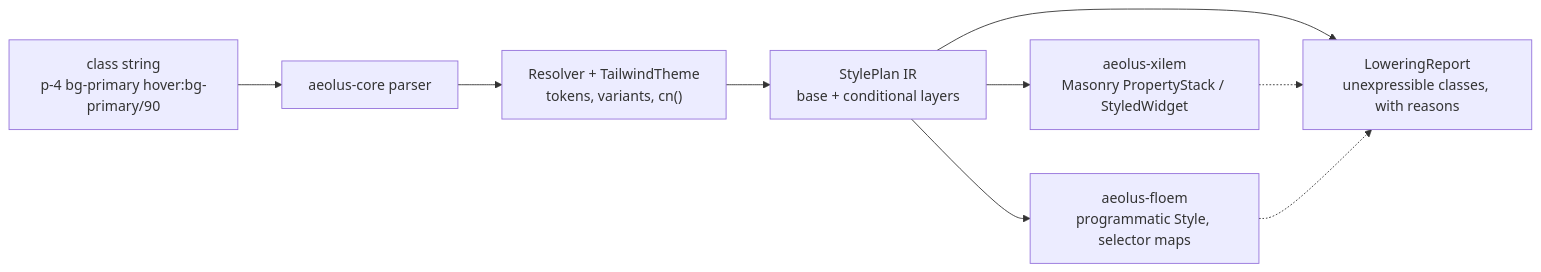
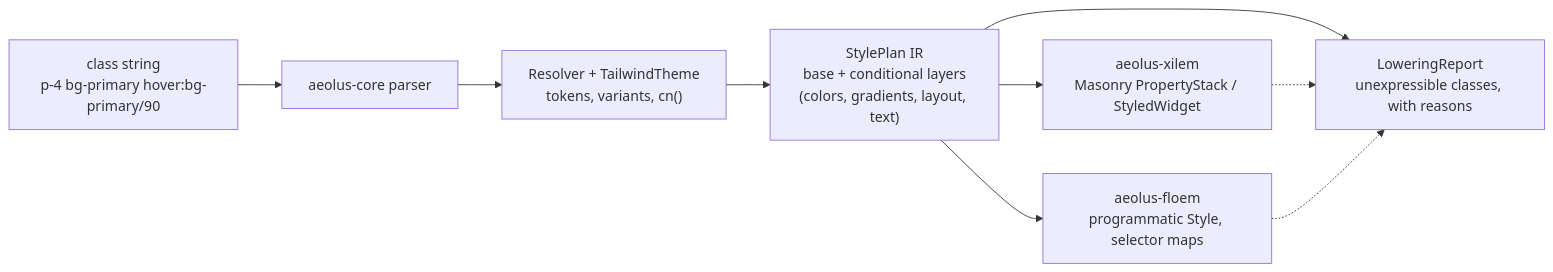
The diagram in README.md (elcoosp/aeolus), drawn with Mermaid before and after one commit. The commit also changed other lines of this file and 1 other file, not shown here.

````diff
--- a/README.md
+++ b/README.md
@@ -68,11 +70,11 @@
 ```mermaid
 flowchart LR
     A["class string<br/>p-4 bg-primary hover:bg-primary/90"] --> B["aeolus-core parser"]
     B --> C["Resolver + TailwindTheme<br/>tokens, variants, cn()"]
-    C --> D["StylePlan IR<br/>base + conditional layers"]
+    C --> D["StylePlan IR<br/>base + conditional layers<br/>(colors, gradients, layout, text)"]
     D --> E["aeolus-xilem<br/>Masonry PropertyStack / StyledWidget"]
     D --> F["aeolus-floem<br/>programmatic Style, selector maps"]
     D --> G["LoweringReport<br/>unexpressible classes, with reasons"]
     E -.-> G
     F -.-> G
 ```
````
